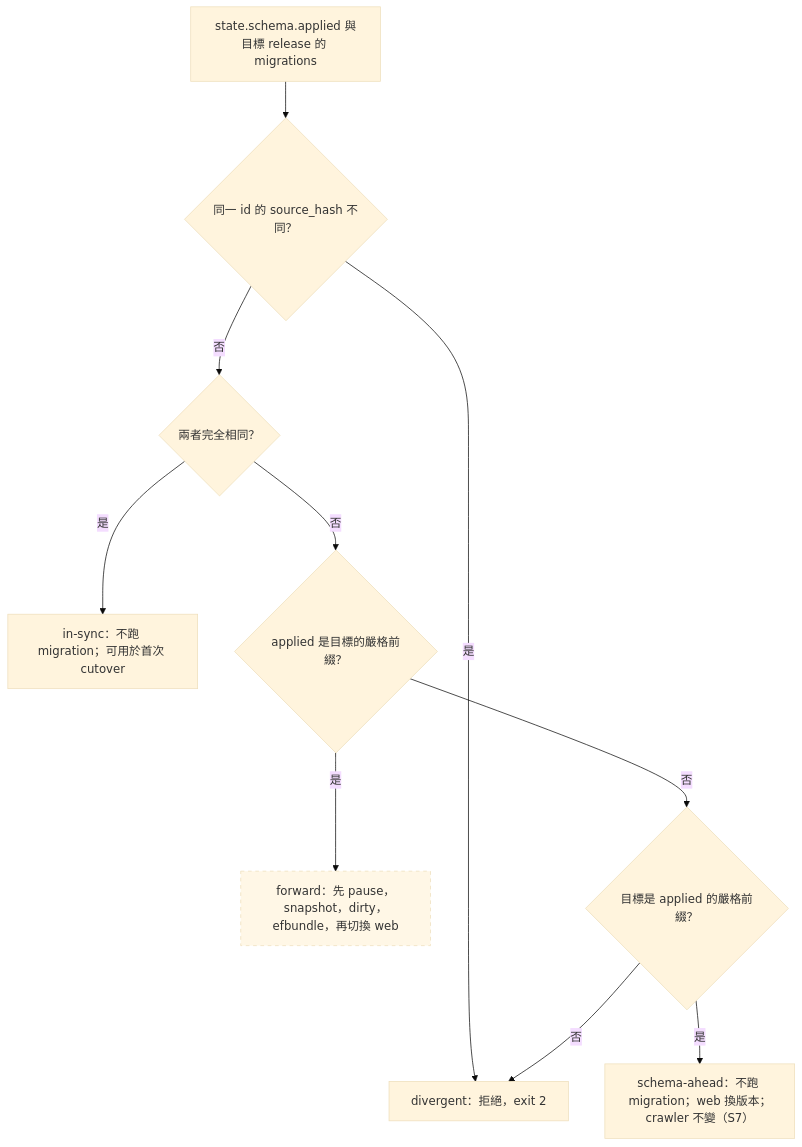
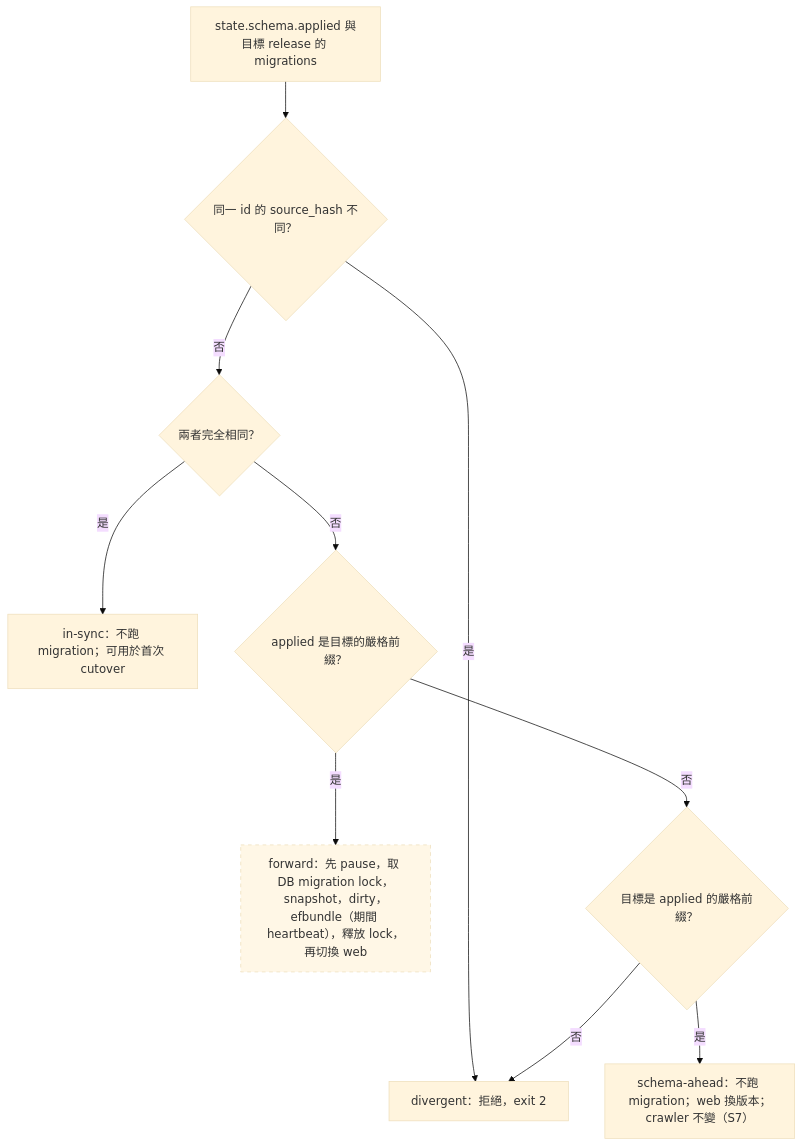
One commit to Arthur801/Book-Finder changed the fourth of 7 diagrams in deploy/docs/workflow-diagram.md. Above: the diagram before and after it, drawn with Mermaid (base theme). The commit also changed other lines of this file and 13 other files, not shown here.

First line of the commit message:
feat(deploy): hold the catalog migration lock for the whole migration and abort on its loss

````diff
--- a/deploy/docs/workflow-diagram.md
+++ b/deploy/docs/workflow-diagram.md
@@ -178,14 +182,14 @@
 ```mermaid
 flowchart TD
   A["state.schema.applied 與目標 release 的 migrations"] --> B{"同一 id 的 source_hash 不同？"}
   B -- "是" --> DV["divergent：拒絕，exit 2"]
   B -- "否" --> C{"兩者完全相同？"}
   C -- "是" --> IS["in-sync：不跑 migration；可用於首次 cutover"]
   C -- "否" --> D{"applied 是目標的嚴格前綴？"}
-  D -- "是" --> FW["forward：先 pause，snapshot，dirty，efbundle，再切換 web"]
+  D -- "是" --> FW["forward：先 pause，取 DB migration lock，snapshot，dirty，efbundle（期間 heartbeat），釋放 lock，再切換 web"]
   D -- "否" --> E{"目標是 applied 的嚴格前綴？"}
   E -- "是" --> SA["schema-ahead：不跑 migration；web 換版本；crawler 不變（S7）"]
   E -- "否" --> DV
   classDef notrun stroke-dasharray: 5 5,fill:#fff7e6
   class FW notrun
 ```
````
